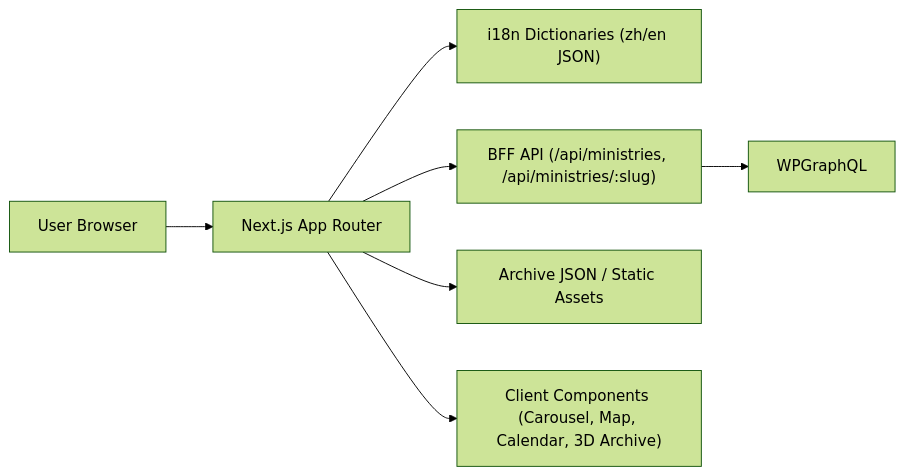
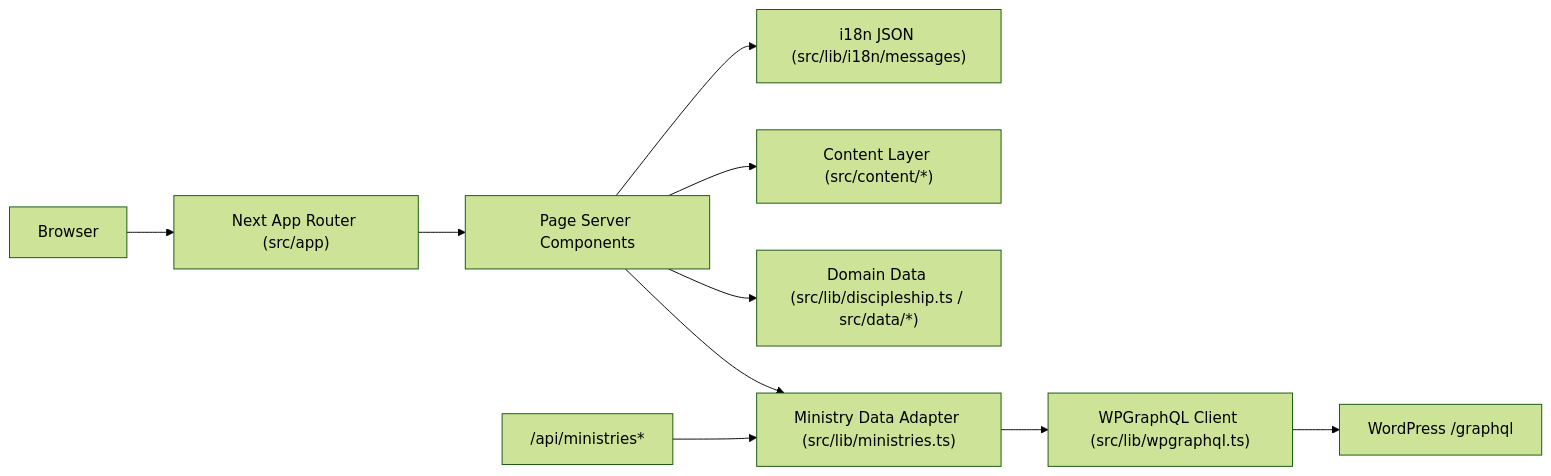
One commit to dianziji/brc-web changed the diagram in docs/project-design-doc-2026-02-08.md. Above: the diagram before and after it, drawn with Mermaid (forest theme). The commit also changed other lines of this file and 60 other files, not shown here.

````diff
--- a/docs/project-design-doc-2026-02-08.md
+++ b/docs/project-design-doc-2026-02-08.md
@@ -41,9 +53,12 @@
 ```mermaid
 flowchart LR
-  U["User Browser"] --> N["Next.js App Router"]
-  N --> I18N["i18n Dictionaries (zh/en JSON)"]
-  N --> BFF["BFF API (/api/ministries, /api/ministries/:slug)"]
-  BFF --> WPG["WPGraphQL"]
-  N --> A["Archive JSON / Static Assets"]
-  N --> C["Client Components (Carousel, Map, Calendar, 3D Archive)"]
+  U["Browser"] --> R["Next App Router (src/app)"]
+  R --> L["Page Server Components"]
+  L --> I18N["i18n JSON (src/lib/i18n/messages)"]
+  L --> C["Content Layer (src/content/*)"]
+  L --> D["Domain Data (src/lib/discipleship.ts / src/data/*)"]
+  L --> M["Ministry Data Adapter (src/lib/ministries.ts)"]
+  M --> G["WPGraphQL Client (src/lib/wpgraphql.ts)"]
+  G --> WP["WordPress /graphql"]
+  API["/api/ministries*"] --> M
 ```
````
